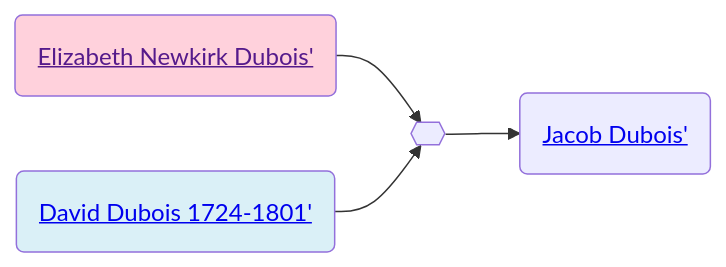
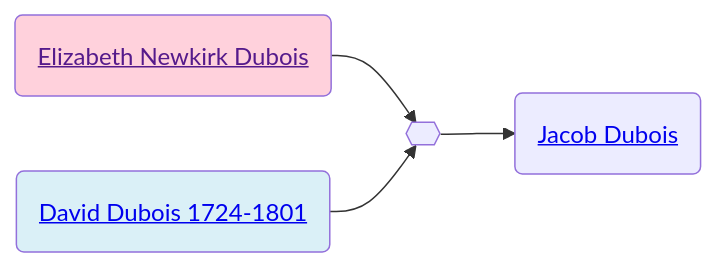
Before and after one commit to neelsmith/avocational: the diagram in familyhistory/sources/people/Henderson-line/Dubois-line/Elizabeth_Newkirk_Dubois.qmd, drawn with Mermaid. The commit also changed 96 other files, not shown here.

````diff
--- a/familyhistory/sources/people/Henderson-line/Dubois-line/Elizabeth_Newkirk_Dubois.qmd
+++ b/familyhistory/sources/people/Henderson-line/Dubois-line/Elizabeth_Newkirk_Dubois.qmd
@@ -26,14 +26,14 @@
 ```{mermaid}
 graph LR
 %% LR descendant diagram
 class Elizabeth_Newkirk_Dubois_and_David_Dubois_1724-1801 marriage
-Elizabeth_Newkirk_Dubois(<a href=''>Elizabeth Newkirk Dubois'</>) --> Elizabeth_Newkirk_Dubois_and_David_Dubois_1724-1801{{ }}
-David_Dubois_1724-1801(<a href='./David_Dubois_1724-1801.html'>David Dubois 1724-1801'</>) --> Elizabeth_Newkirk_Dubois_and_David_Dubois_1724-1801{{ }}
+Elizabeth_Newkirk_Dubois(<a href=''>Elizabeth Newkirk Dubois</a>) --> Elizabeth_Newkirk_Dubois_and_David_Dubois_1724-1801{{ }}
+David_Dubois_1724-1801(<a href='./David_Dubois_1724-1801.html'>David Dubois 1724-1801</a>) --> Elizabeth_Newkirk_Dubois_and_David_Dubois_1724-1801{{ }}
 class David_Dubois_1724-1801 father
 class Elizabeth_Newkirk_Dubois mother
-Elizabeth_Newkirk_Dubois_and_David_Dubois_1724-1801{{ }} --> Jacob_Dubois(<a href='./Jacob_Dubois.html'>Jacob Dubois'</>)
+Elizabeth_Newkirk_Dubois_and_David_Dubois_1724-1801{{ }} --> Jacob_Dubois(<a href='./Jacob_Dubois.html'>Jacob Dubois</a>)
 classDef mother fill:#ffd1dc
 classDef father fill:#daf0f7  
 classDef marriage fill:#ffffff
 
 ```
````
